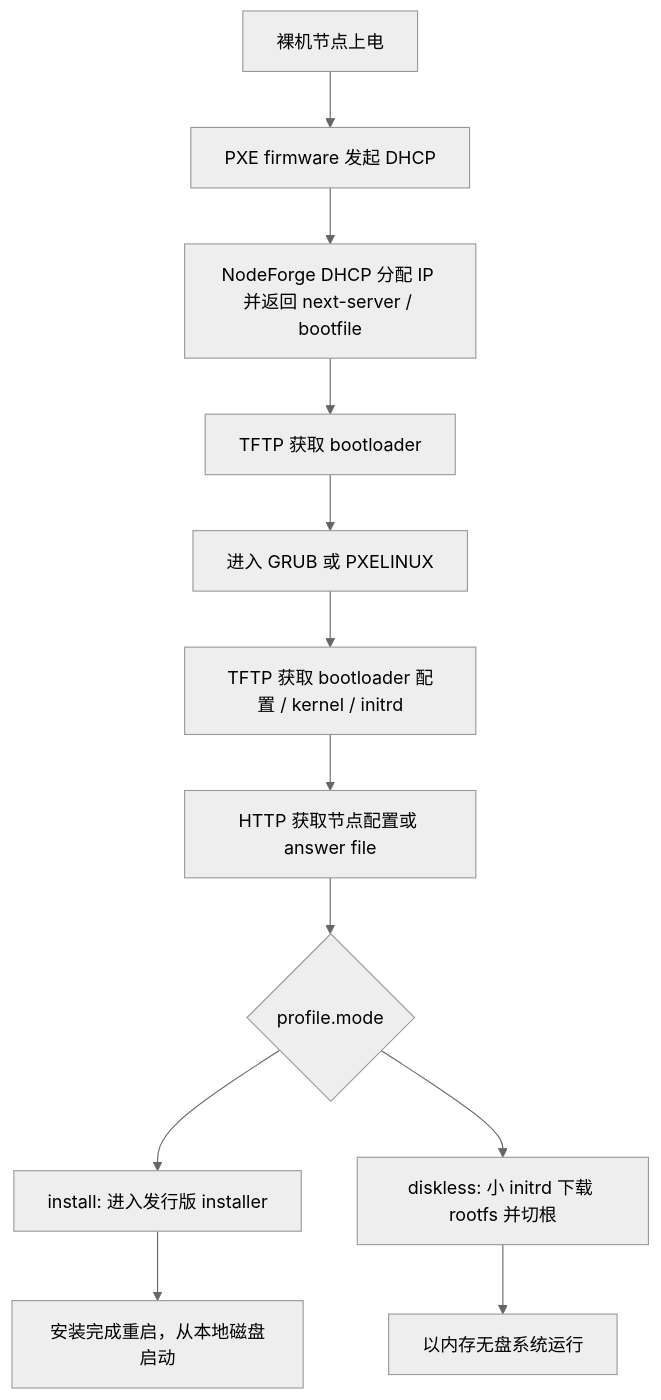
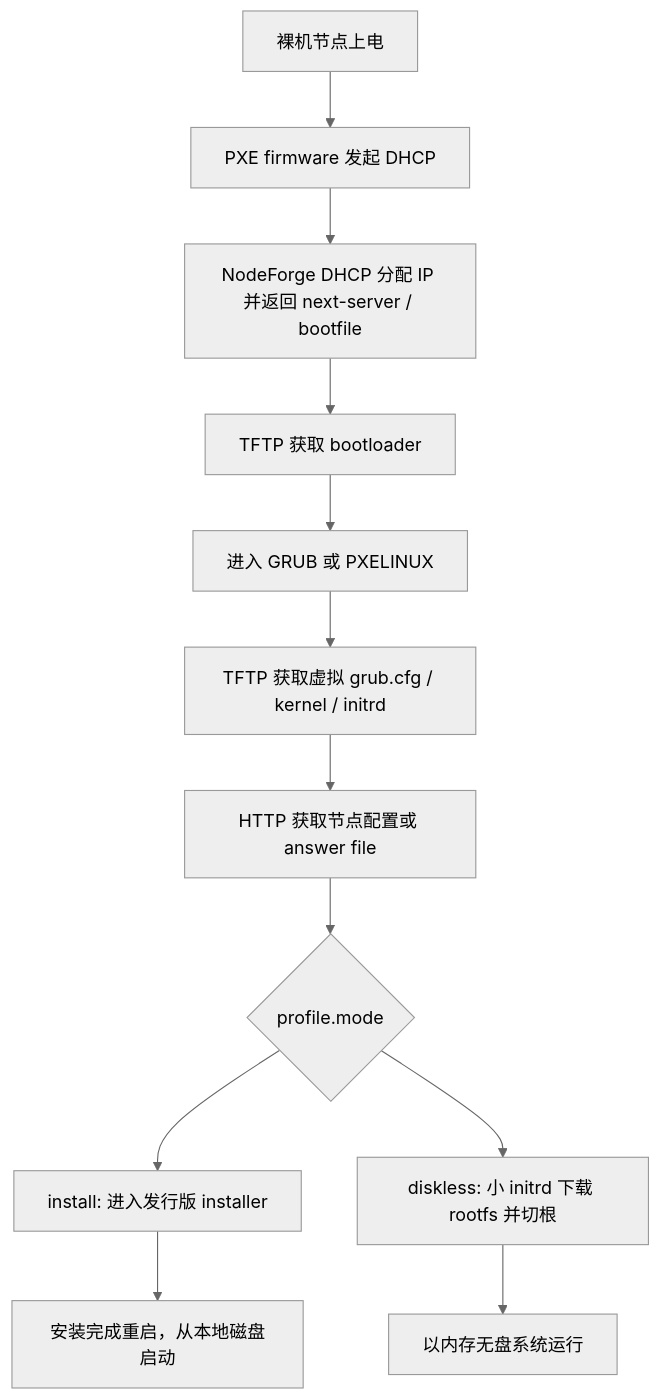
One commit to iskylite/nodeforge changed the second of 3 diagrams in docs/DESIGN.md. Above: the diagram before and after it, drawn with Mermaid (neutral theme). The commit also changed other lines of this file and 30 other files, not shown here.

````diff
--- a/docs/DESIGN.md
+++ b/docs/DESIGN.md
@@ -216,14 +216,14 @@
 ```mermaid
 flowchart TD
   A["裸机节点上电"] --> B["PXE firmware 发起 DHCP"]
   B --> C["NodeForge DHCP 分配 IP 并返回 next-server / bootfile"]
   C --> D["TFTP 获取 bootloader"]
   D --> E["进入 GRUB 或 PXELINUX"]
-  E --> F["TFTP 获取 bootloader 配置 / kernel / initrd"]
+  E --> F["TFTP 获取虚拟 grub.cfg / kernel / initrd"]
   F --> G["HTTP 获取节点配置或 answer file"]
   G --> H{"profile.mode"}
   H --> I["install: 进入发行版 installer"]
   H --> J["diskless: 小 initrd 下载 rootfs 并切根"]
   I --> K["安装完成重启，从本地磁盘启动"]
   J --> L["以内存无盘系统运行"]
 ```
````
